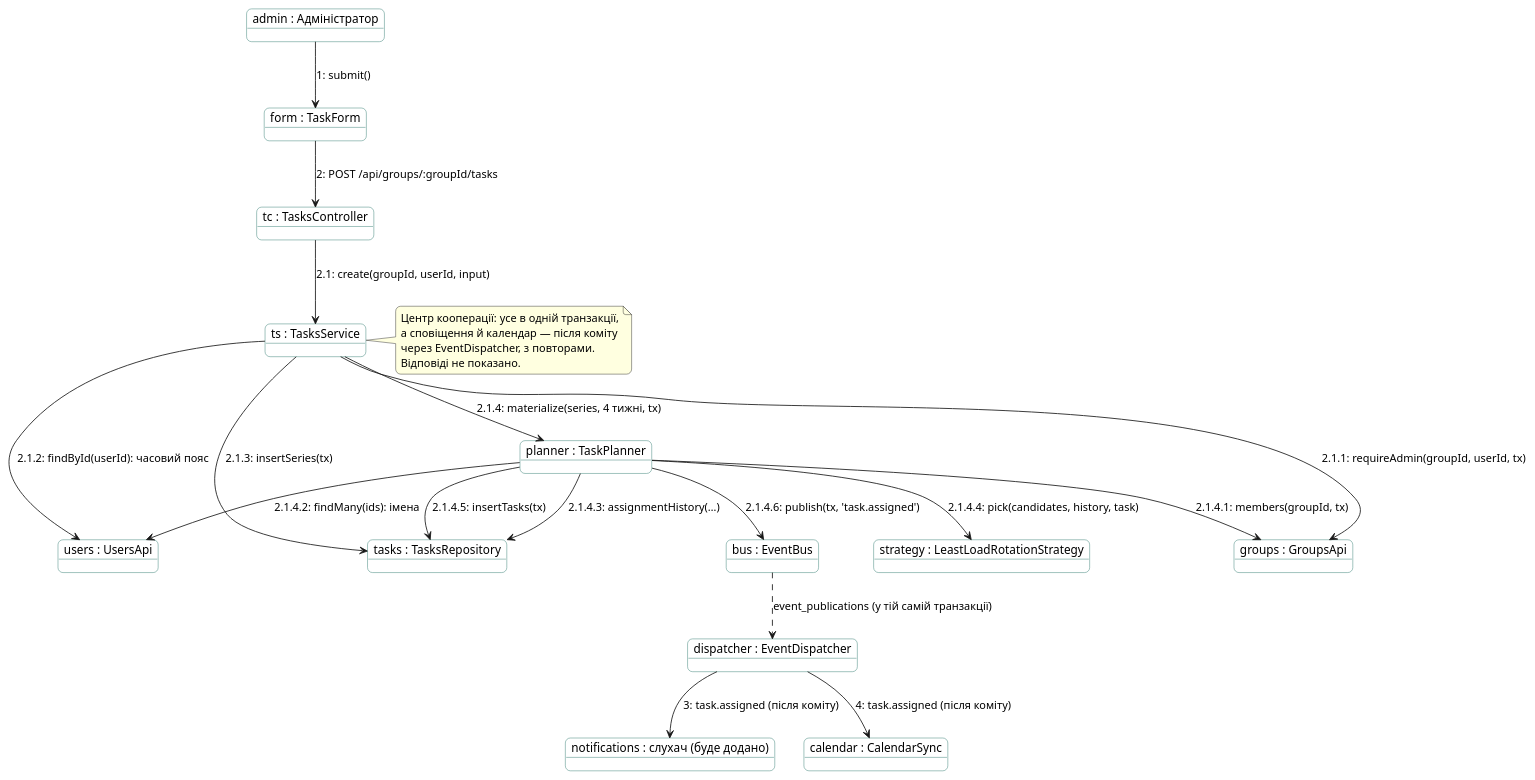
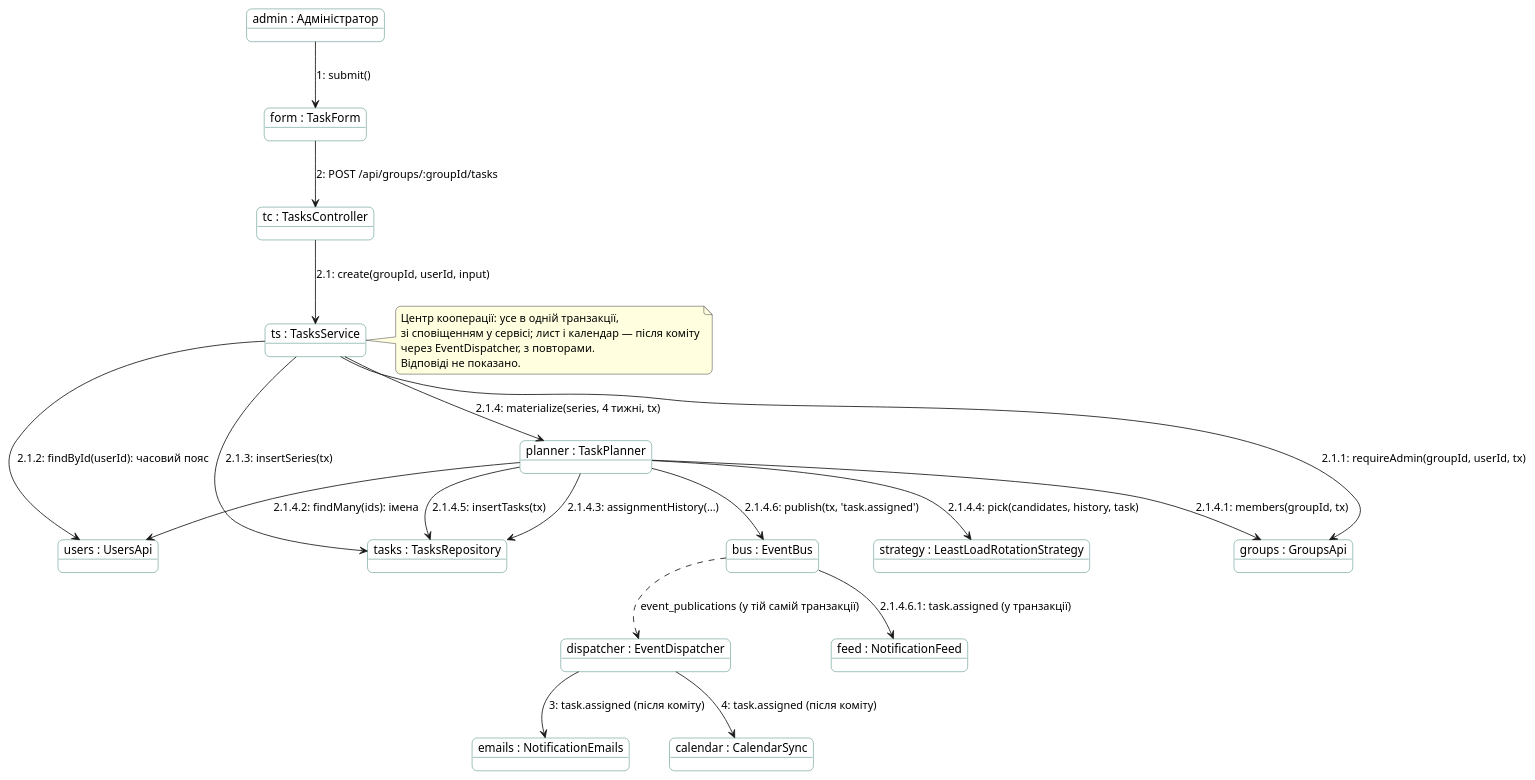
One commit to mzabrodin/Errandly changed the diagram in docs/diagrams/collaboration/create-task.puml. Above: the diagram before and after it, drawn with PlantUML. The commit also changed 10 other files, not shown here.

```diff
--- a/docs/diagrams/collaboration/create-task.puml
+++ b/docs/diagrams/collaboration/create-task.puml
@@ -1,51 +1,53 @@
 @startuml create-task
 skinparam shadowing false
 skinparam defaultFontName "Inter, Segoe UI, Arial"
 skinparam TitleFontStyle bold
 skinparam RoundCorner 12
 skinparam ClassBackgroundColor #FFFFFF
 skinparam ClassBorderColor #1F6F64
 skinparam ObjectBackgroundColor #FFFFFF
 skinparam ObjectBorderColor #1F6F64
 skinparam ComponentBackgroundColor #FFFFFF
 skinparam ComponentBorderColor #1F6F64
 skinparam NoteBackgroundColor #FFFFE0
 
 object "admin : Адміністратор" as admin
 object "form : TaskForm" as form
 object "tc : TasksController" as tc
 object "ts : TasksService" as ts
 object "users : UsersApi" as users
 object "groups : GroupsApi" as groups
 object "planner : TaskPlanner" as planner
 object "strategy : LeastLoadRotationStrategy" as strategy
 object "tasks : TasksRepository" as tasks
 object "bus : EventBus" as bus
 object "dispatcher : EventDispatcher" as dispatcher
-object "notifications : слухач (буде додано)" as notifications
+object "feed : NotificationFeed" as feed
+object "emails : NotificationEmails" as emails
 object "calendar : CalendarSync" as calendar
 
 admin --> form : 1: submit()
 form --> tc : 2: POST /api/groups/:groupId/tasks
 tc --> ts : 2.1: create(groupId, userId, input)
 ts --> groups : 2.1.1: requireAdmin(groupId, userId, tx)
 ts --> users : 2.1.2: findById(userId): часовий пояс
 ts --> tasks : 2.1.3: insertSeries(tx)
 ts --> planner : 2.1.4: materialize(series, 4 тижні, tx)
 planner --> groups : 2.1.4.1: members(groupId, tx)
 planner --> users : 2.1.4.2: findMany(ids): імена
 planner --> tasks : 2.1.4.3: assignmentHistory(…)
 planner --> strategy : 2.1.4.4: pick(candidates, history, task)
 planner --> tasks : 2.1.4.5: insertTasks(tx)
 planner --> bus : 2.1.4.6: publish(tx, 'task.assigned')
+bus --> feed : 2.1.4.6.1: task.assigned (у транзакції)
 bus ..> dispatcher : event_publications (у тій самій транзакції)
-dispatcher --> notifications : 3: task.assigned (після коміту)
+dispatcher --> emails : 3: task.assigned (після коміту)
 dispatcher --> calendar : 4: task.assigned (після коміту)
 
 note right of ts
   Центр кооперації: усе в одній транзакції,
-  а сповіщення й календар — після коміту
+  зі сповіщенням у сервісі; лист і календар — після коміту
   через EventDispatcher, з повторами.
   Відповіді не показано.
 end note
 @enduml
```
